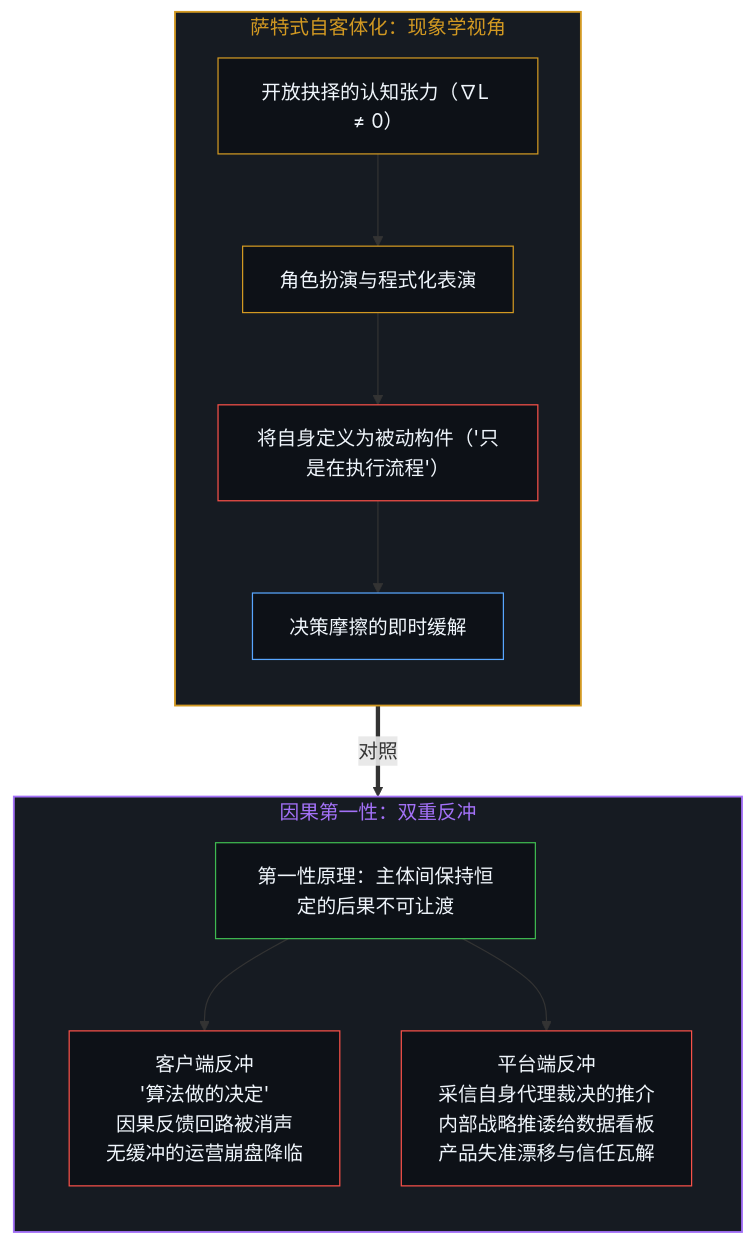
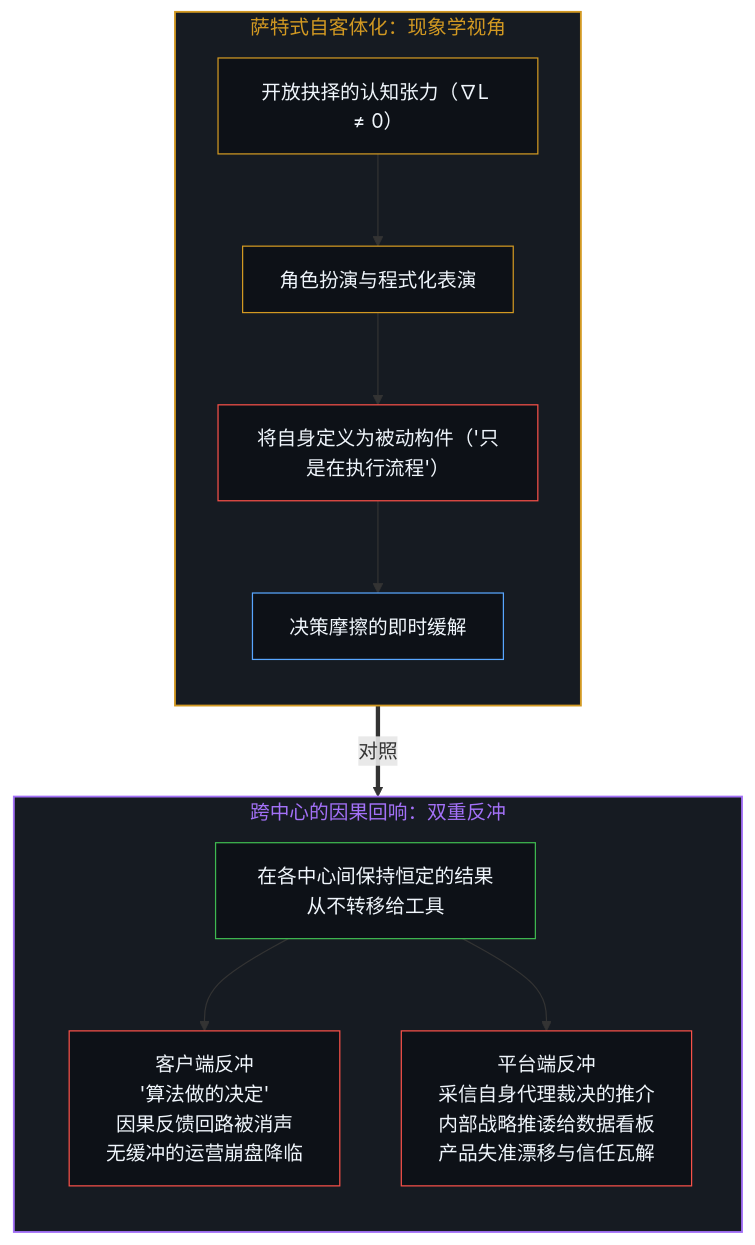
The seventh of 12 diagrams in content/posts/the-delegation-of-the-task-and-the-inalienability-of-consequences.md (powerpig99/not-a-toe), drawn with Mermaid before and after one commit. The commit also changed other lines of this file and 12 other files, not shown here.

````diff
--- a/content/posts/the-delegation-of-the-task-and-the-inalienability-of-consequences.md
+++ b/content/posts/the-delegation-of-the-task-and-the-inalienability-of-consequences.md
@@ -223,25 +223,25 @@
 ```mermaid
 flowchart TD
     subgraph S_Sartre["萨特式自客体化：现象学视角"]
         direction TB
         S1["开放抉择的认知张力（∇L ≠ 0）"] --> S2["角色扮演与程式化表演"]
         S2 --> S3["将自身定义为被动构件（'只是在执行流程'）"]
         S3 --> S4["决策摩擦的即时缓解"]
     end
-    subgraph S_FirstPrinciples["因果第一性：双重反冲"]
+    subgraph S_FirstPrinciples["跨中心的因果回响：双重反冲"]
         direction TB
-        C_Origin["第一性原理：主体间保持恒定的后果不可让渡"]
+        C_Origin["在各中心间保持恒定的结果从不转移给工具"]
         C_Origin --> B_Client["客户端反冲<br/>'算法做的决定'<br/>因果反馈回路被消声<br/>无缓冲的运营崩盘降临"]
         C_Origin --> B_Platform["平台端反冲<br/>采信自身代理裁决的推介<br/>内部战略推诿给数据看板<br/>产品失准漂移与信任瓦解"]
     end
     S_Sartre ==>|"对照"| S_FirstPrinciples
     style S_Sartre fill:#161b22,stroke:#d29922,stroke-width:1.5px,color:#d29922
     style S_FirstPrinciples fill:#161b22,stroke:#a371f7,stroke-width:1.5px,color:#a371f7
     style S1 fill:#0d1117,stroke:#d29922,stroke-width:1px,color:#f0f6fc
     style S2 fill:#0d1117,stroke:#d29922,stroke-width:1px,color:#f0f6fc
     style S3 fill:#0d1117,stroke:#f85149,stroke-width:1px,color:#f0f6fc
     style S4 fill:#0d1117,stroke:#58a6ff,stroke-width:1px,color:#f0f6fc
     style C_Origin fill:#0d1117,stroke:#3fb950,stroke-width:1px,color:#f0f6fc
     style B_Client fill:#0d1117,stroke:#f85149,stroke-width:1px,color:#f0f6fc
     style B_Platform fill:#0d1117,stroke:#f85149,stroke-width:1px,color:#f0f6fc
 ```
````
